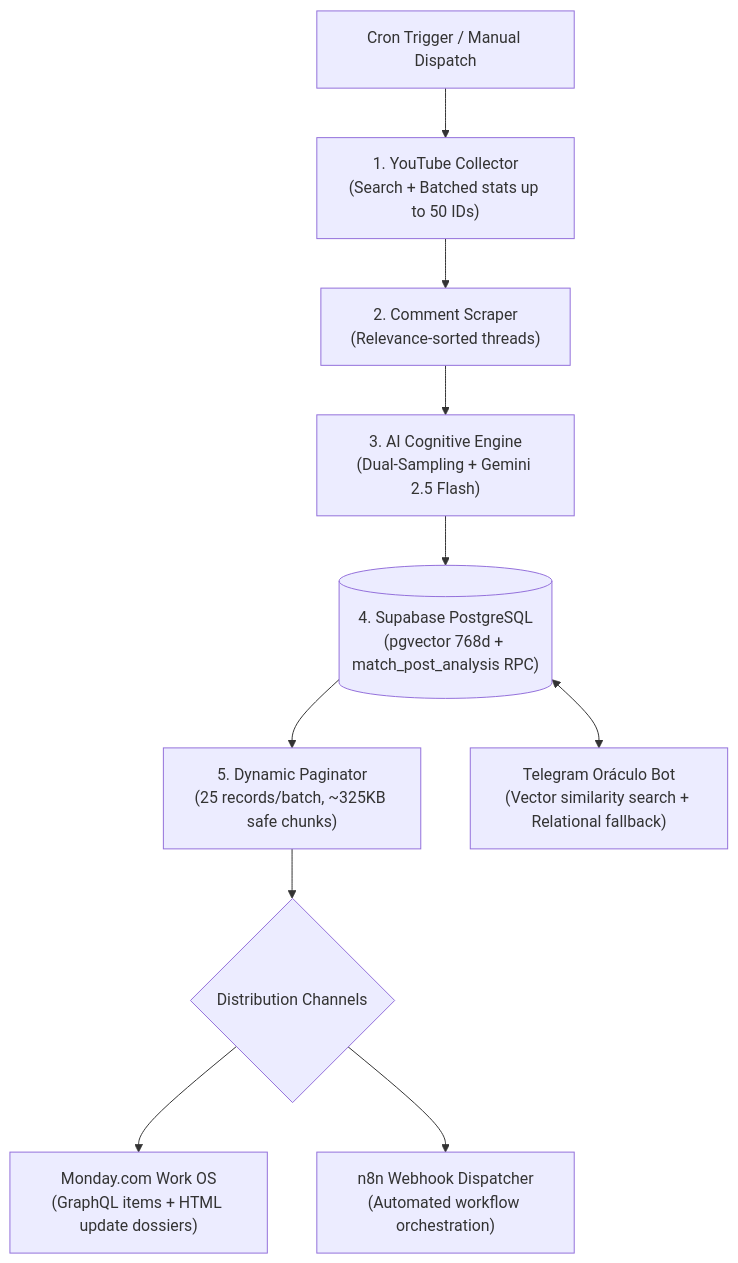
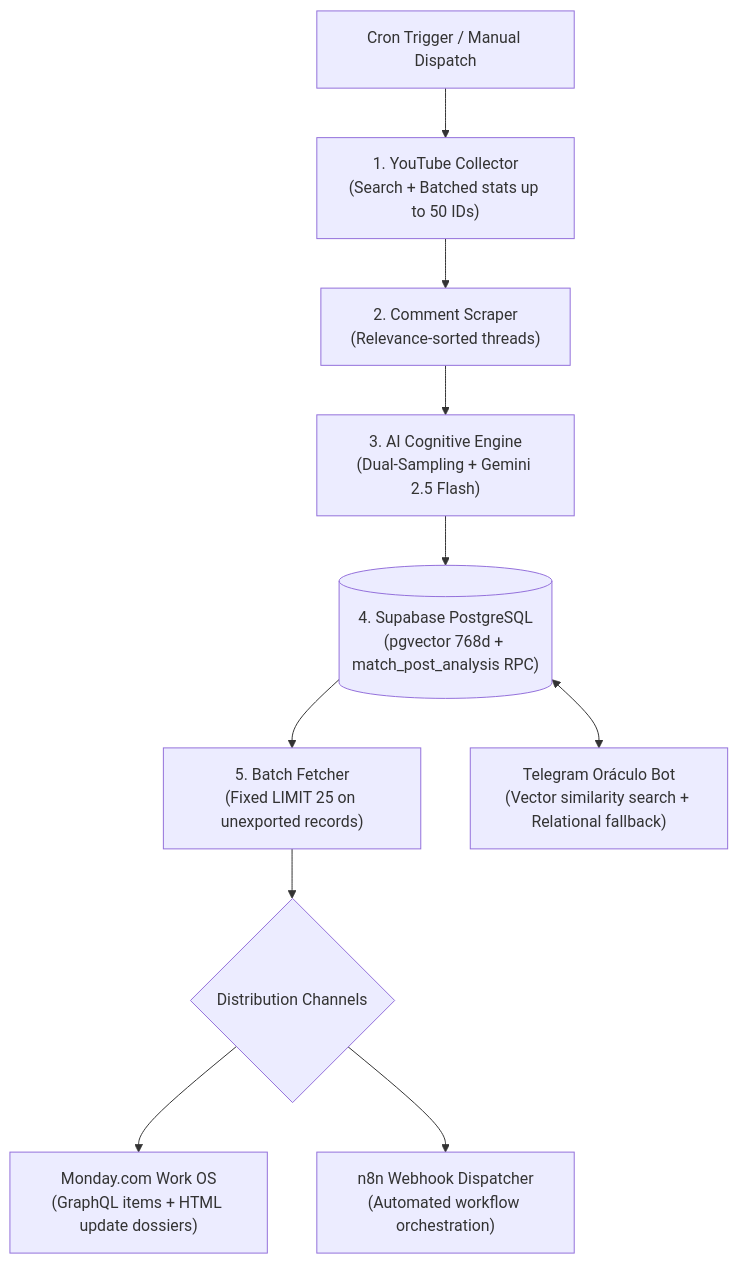
One commit to jraphaelcunha/trend-intelligence-engine changed the diagram in README.md. Above: the diagram before and after it, drawn with Mermaid. The commit also changed other lines of this file and 1 other file, not shown here.

Commit message:
docs: refine technical precision of pipeline execution, fetcher batching, and branch status

````diff
--- a/README.md
+++ b/README.md
@@ -44,12 +44,12 @@
 ```mermaid
 flowchart TD
     Cron["Cron Trigger / Manual Dispatch"] --> Collector["1. YouTube Collector\n(Search + Batched stats up to 50 IDs)"]
     Collector --> Scraper["2. Comment Scraper\n(Relevance-sorted threads)"]
     Scraper --> Analyzer["3. AI Cognitive Engine\n(Dual-Sampling + Gemini 2.5 Flash)"]
     Analyzer --> Supabase[("4. Supabase PostgreSQL\n(pgvector 768d + match_post_analysis RPC)")]
-    Supabase --> Fetcher["5. Dynamic Paginator\n(25 records/batch, ~325KB safe chunks)"]
+    Supabase --> Fetcher["5. Batch Fetcher\n(Fixed LIMIT 25 on unexported records)"]
     Fetcher --> Distribution{"Distribution Channels"}
     Distribution --> Monday["Monday.com Work OS\n(GraphQL items + HTML update dossiers)"]
     Distribution --> N8N["n8n Webhook Dispatcher\n(Automated workflow orchestration)"]
     Supabase <--> Telegram["Telegram Oráculo Bot\n(Vector similarity search + Relational fallback)"]
 ```
````
